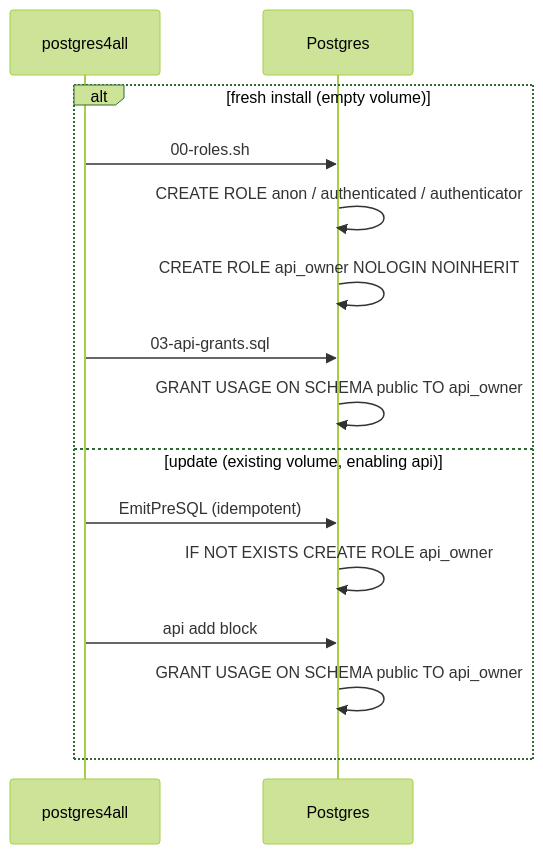
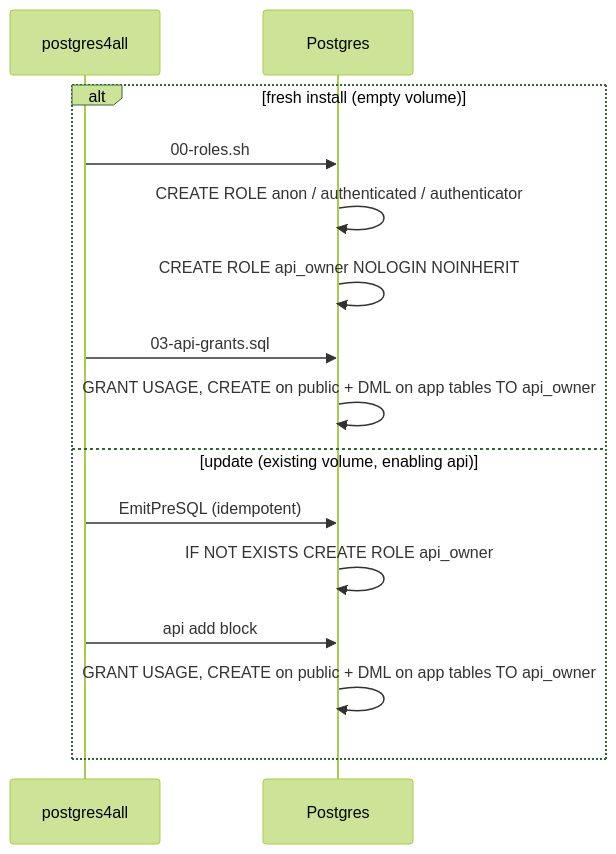
Before and after one commit to Havoc24k/Postgres4all: the second of 4 diagrams in docs/superpowers/specs/2026-06-04-security-definer-owner-design.md, drawn with Mermaid (forest theme). The commit also changed other lines of this file and 3 other files, not shown here.

First line of the commit message:
feat(update+spec): api_owner CREATE/DML parity in update delta; revise spec

````diff
--- a/docs/superpowers/specs/2026-06-04-security-definer-owner-design.md
+++ b/docs/superpowers/specs/2026-06-04-security-definer-owner-design.md
@@ -81,18 +97,18 @@
 ```mermaid
 sequenceDiagram
     participant CLI as postgres4all
     participant DB as Postgres
 
     alt fresh install (empty volume)
         CLI->>DB: 00-roles.sh
         DB->>DB: CREATE ROLE anon / authenticated / authenticator
         DB->>DB: CREATE ROLE api_owner NOLOGIN NOINHERIT
         CLI->>DB: 03-api-grants.sql
-        DB->>DB: GRANT USAGE ON SCHEMA public TO api_owner
+        DB->>DB: GRANT USAGE, CREATE on public + DML on app tables TO api_owner
     else update (existing volume, enabling api)
         CLI->>DB: EmitPreSQL (idempotent)
         DB->>DB: IF NOT EXISTS CREATE ROLE api_owner
         CLI->>DB: api add block
-        DB->>DB: GRANT USAGE ON SCHEMA public TO api_owner
+        DB->>DB: GRANT USAGE, CREATE on public + DML on app tables TO api_owner
     end
 ```
````
